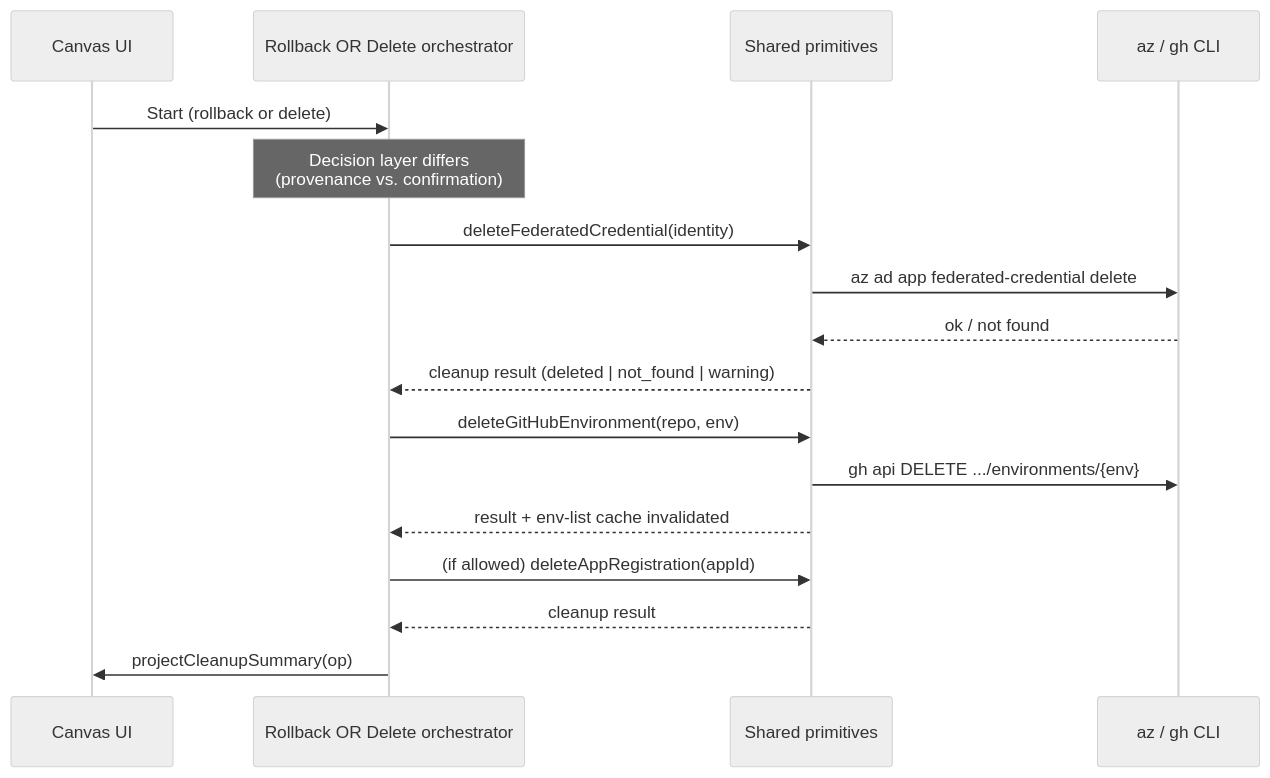
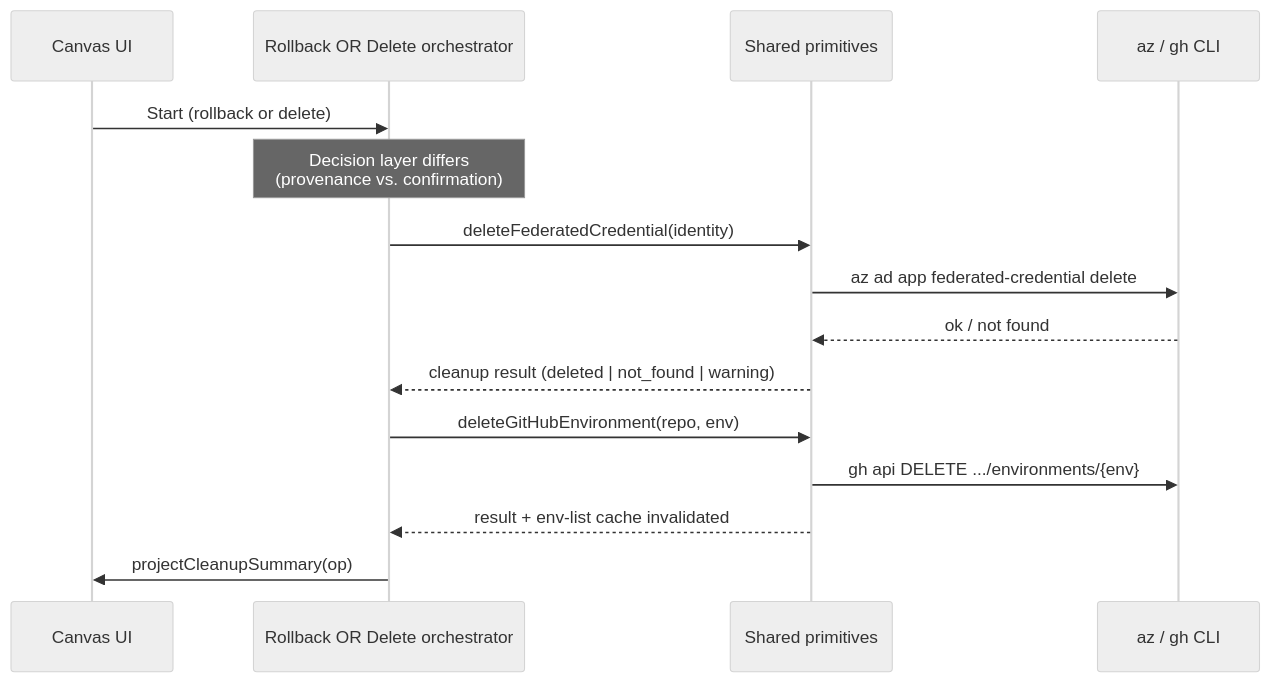
One commit to radius-project/ai-extensions changed the second of 2 diagrams in docs/design/2026-08-shared-cleanup-rollback-delete.md. Above: the diagram before and after it, drawn with Mermaid (neutral theme). The commit also changed other lines of this file and 14 other files, not shown here.

First line of the commit message:
Leave Entra app registration untouched on environment delete

````diff
--- a/docs/design/2026-08-shared-cleanup-rollback-delete.md
+++ b/docs/design/2026-08-shared-cleanup-rollback-delete.md
@@ -100,20 +100,18 @@
 ```mermaid
 sequenceDiagram
   participant UI as Canvas UI
   participant Flow as Rollback OR Delete orchestrator
   participant Prim as Shared primitives
   participant Ext as az / gh CLI
 
   UI->>Flow: Start (rollback or delete)
   Note over Flow: Decision layer differs<br/>(provenance vs. confirmation)
   Flow->>Prim: deleteFederatedCredential(identity)
   Prim->>Ext: az ad app federated-credential delete
   Ext-->>Prim: ok / not found
   Prim-->>Flow: cleanup result (deleted | not_found | warning)
   Flow->>Prim: deleteGitHubEnvironment(repo, env)
   Prim->>Ext: gh api DELETE .../environments/{env}
   Prim-->>Flow: result + env-list cache invalidated
-  Flow->>Prim: (if allowed) deleteAppRegistration(appId)
-  Prim-->>Flow: cleanup result
   Flow->>UI: projectCleanupSummary(op)
 ```
````
